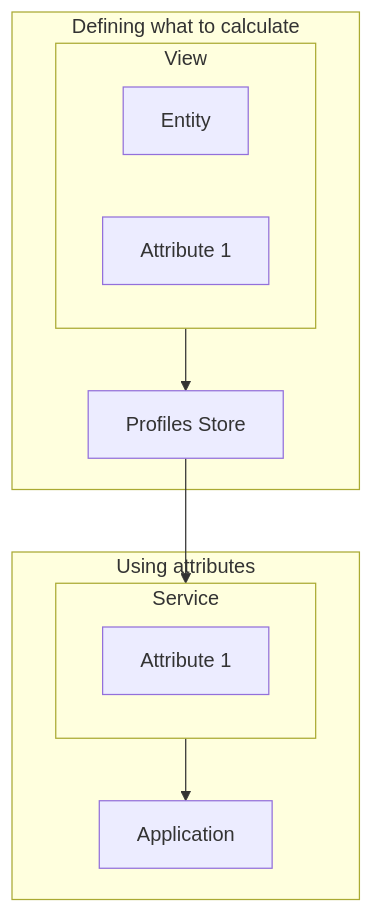
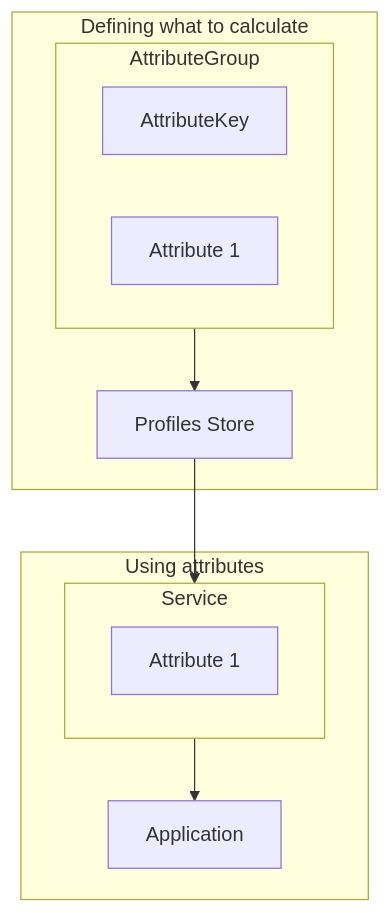
One commit to snowplow/documentation changed the first of 5 diagrams in docs/signals/concepts/index.md. Above: the diagram before and after it, drawn with Mermaid. The commit also changed other lines of this file and 19 other files, not shown here.

````diff
--- a/docs/signals/concepts/index.md
+++ b/docs/signals/concepts/index.md
@@ -30,21 +30,21 @@
 ```mermaid
 flowchart TD
     subgraph Section1[Defining what to calculate]
-        subgraph View[View]
-            V_Entity[Entity]
-            V_Attr1[Attribute 1]
+        subgraph AttributeGroup[AttributeGroup]
+            AG_AttributeKey[AttributeKey]
+            AG_Attr1[Attribute 1]
         end
 
-        View --> ProfilesStore[Profiles Store]
+        AttributeGroup --> ProfilesStore[Profiles Store]
     end
 
     subgraph Section2[Using attributes]
         ProfilesStore --> Service[Service]
 
         subgraph Service
             S_Attr1[Attribute 1]
         end
 
         Service --> Application[Application]
     end
 ```
````
